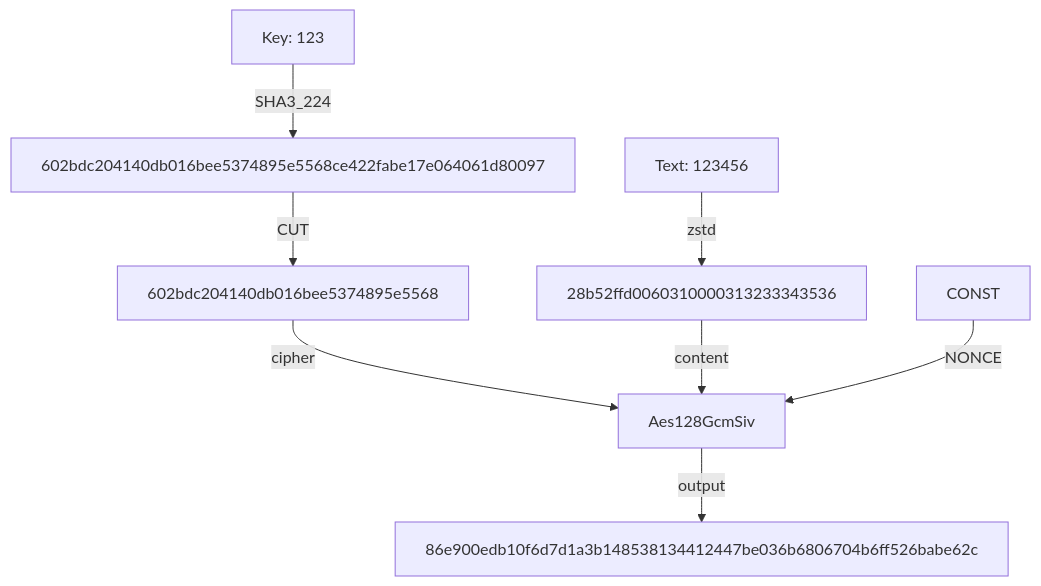
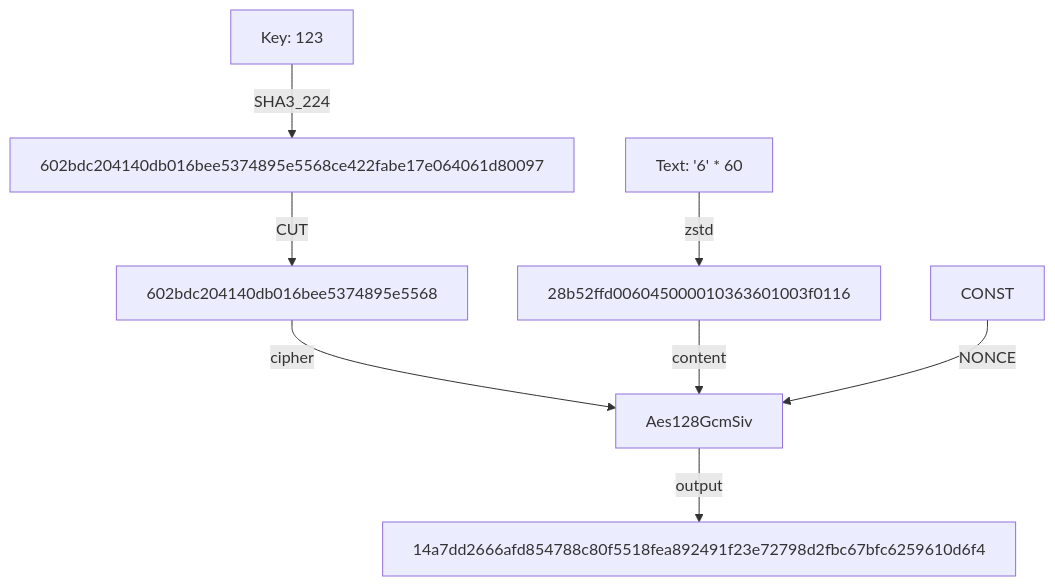
The diagram in docs/README_zh-CN.md (lxl66566/git-simple-encrypt), drawn with Mermaid before and after one commit. The commit also changed other lines of this file and 12 other files, not shown here.

````diff
--- a/docs/README_zh-CN.md
+++ b/docs/README_zh-CN.md
@@ -47,6 +48,6 @@
 ```mermaid
 graph TD;
-    A[Key: 123] -- SHA3_224 --> 602bdc204140db016bee5374895e5568ce422fabe17e064061d80097 -- CUT --> 602bdc204140db016bee5374895e5568 --cipher--> Aes128GcmSiv  -- output--> 86e900edb10f6d7d1a3b148538134412447be036b6806704b6ff526babe62c
-    B[Text: 123456] --zstd--> 28b52ffd0060310000313233343536 --content--> Aes128GcmSiv
+    A[Key: 123] -- SHA3_224 --> 602bdc204140db016bee5374895e5568ce422fabe17e064061d80097 -- CUT --> 602bdc204140db016bee5374895e5568 --cipher--> Aes128GcmSiv  -- output--> 14a7dd2666afd854788c80f5518fea892491f23e72798d2fbc67bfc6259610d6f4
+    B[Text: '6' * 60] --zstd--> 28b52ffd006045000010363601003f0116 --content--> Aes128GcmSiv
     CONST --NONCE--> Aes128GcmSiv
 ```
````
